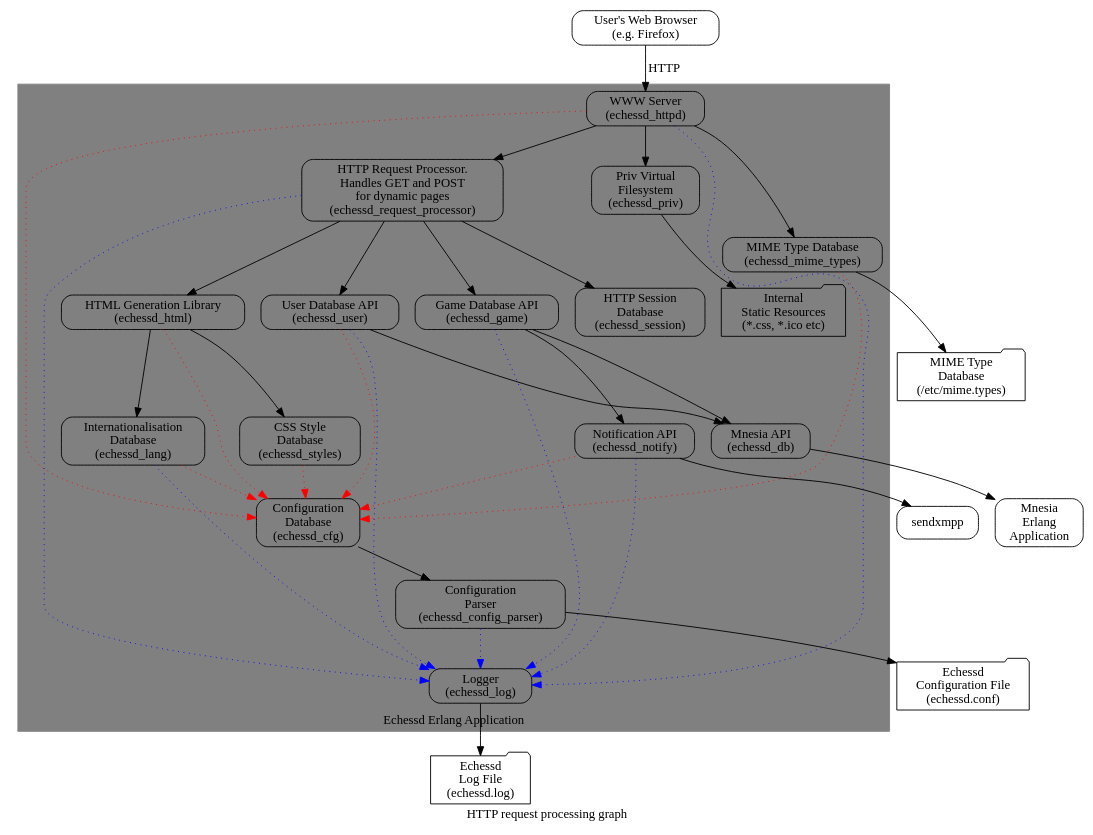
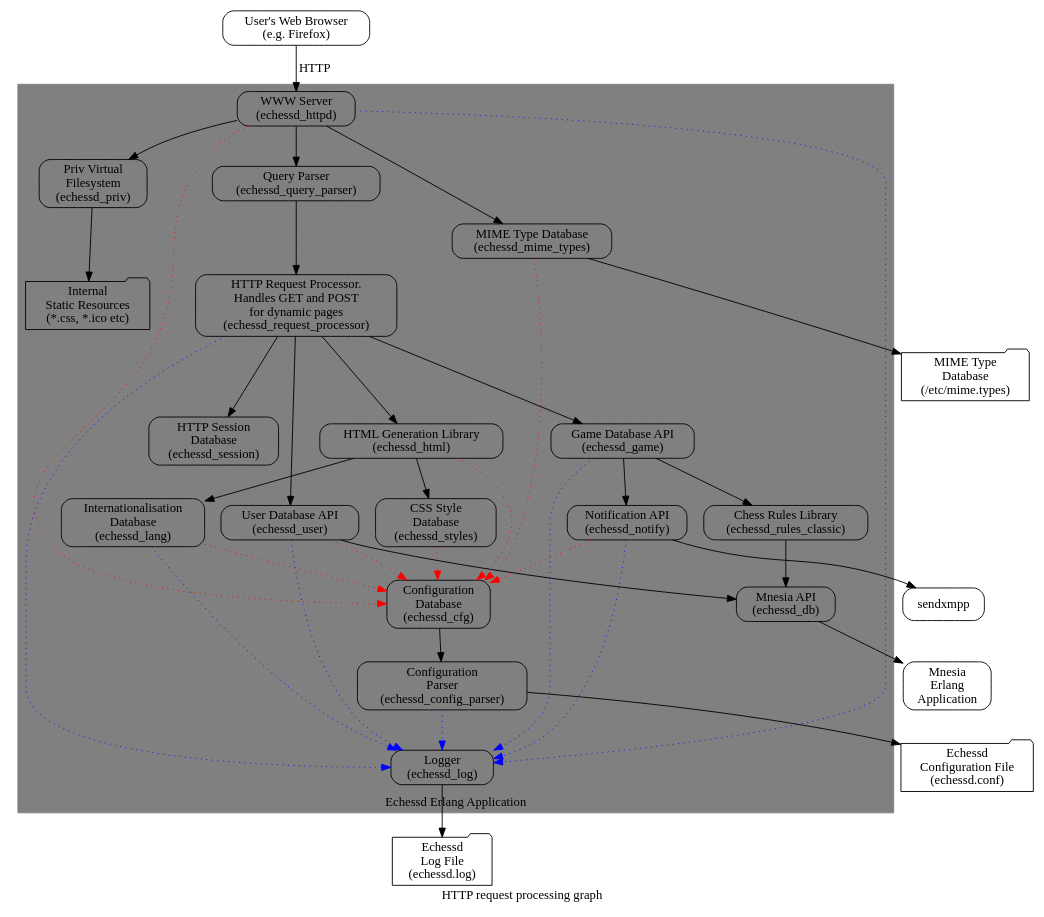
One commit to tuxofil/echessd changed the diagram in doc/figure_2.dot. Above: the diagram before and after it, drawn with Graphviz.

Commit message:
doc: extend request processing graph

```diff
--- a/doc/figure_2.dot
+++ b/doc/figure_2.dot
@@ -1,168 +1,176 @@
 digraph G{
   label = "HTTP request processing graph";
   rankdir = TB;
 
   Browser[
     shape = box, style = rounded,
     label = "User's Web Browser\n(e.g. Firefox)"
   ];
 
   subgraph cluster_echessd{
     style = filled;
     color = grey;
     label = "Echessd Erlang Application";
     labelloc = b;
     WebServer[
       shape = box, style = rounded,
       label = "WWW Server\n(echessd_httpd)"
+    ];
+    QueryParser[
+      shape = box, style = rounded,
+      label = "Query Parser\n(echessd_query_parser)"
     ];
     RequestProcessor[
       shape = box, style = rounded,
       label = "HTTP Request Processor.\nHandles GET and POST\nfor dynamic pages\n(echessd_request_processor)"
     ];
     HtmlGenerator[
       shape = box, style = rounded,
       label = "HTML Generation Library\n(echessd_html)"
     ];
     MimeTypeDatabase[
       shape = box, style = rounded,
       label = "MIME Type Database\n(echessd_mime_types)"
     ];
     LangDatabase[
       shape = box, style = rounded,
       label = "Internationalisation\nDatabase\n(echessd_lang)"
     ];
     StyleDatabase[
       shape = box, style = rounded,
       label = "CSS Style\nDatabase\n(echessd_styles)"
     ];
     PrivFS[
       shape = box, style = rounded,
       label = "Priv Virtual\nFilesystem\n(echessd_priv)"
     ];
     UserDatabaseApi[
       shape = box, style = rounded,
       label = "User Database API\n(echessd_user)"
     ];
     GameDatabaseApi[
       shape = box, style = rounded,
       label = "Game Database API\n(echessd_game)"
+    ];
+    ChessRules[
+      shape = box, style = rounded,
+      label = "Chess Rules Library\n(echessd_rules_classic)"
     ];
     SessionDatabase[
       shape = box, style = rounded,
       label = "HTTP Session\nDatabase\n(echessd_session)"
     ];
     DatabaseApi[
       shape = box, style = rounded,
       label = "Mnesia API\n(echessd_db)"
     ];
     StaticResources[
       shape = folder,
       label = "Internal\nStatic Resources\n(*.css, *.ico etc)"
     ];
     Logger[
       shape = box, style = rounded,
       label = "Logger\n(echessd_log)"
     ];
     ConfigurationDatabase[
       shape = box, style = rounded,
       label = "Configuration\nDatabase\n(echessd_cfg)"
     ];
     ConfigurationParser[
       shape = box, style = rounded,
       label = "Configuration\nParser\n(echessd_config_parser)"
     ];
     NotificationApi[
       shape = box, style = rounded,
       label = "Notification API\n(echessd_notify)"
     ];
   };
 
   ConfigurationFile[
     shape = folder,
     label = "Echessd\nConfiguration File\n(echessd.conf)"
   ];
 
   LogFile[
     shape = folder,
     label = "Echessd\nLog File\n(echessd.log)"
   ];
 
   MimeTypesFile[
     shape = folder,
     label = "MIME Type\nDatabase\n(/etc/mime.types)"
   ];
 
   Mnesia[
     shape = box, style = rounded,
     label = "Mnesia\nErlang\nApplication"
   ];
 
   SendXMPP[
     shape = box, style = rounded,
     label = "sendxmpp"
   ];
 
   Browser -> WebServer[
     label = "HTTP"
   ];
   WebServer -> MimeTypeDatabase -> MimeTypesFile;
   WebServer -> PrivFS -> StaticResources;
-  WebServer -> RequestProcessor;
+  WebServer -> QueryParser -> RequestProcessor;
   RequestProcessor -> HtmlGenerator;
   RequestProcessor -> UserDatabaseApi -> DatabaseApi;
-  RequestProcessor -> GameDatabaseApi -> DatabaseApi;
+  RequestProcessor -> GameDatabaseApi -> ChessRules -> DatabaseApi;
   GameDatabaseApi -> NotificationApi -> SendXMPP;
   RequestProcessor -> SessionDatabase;
   DatabaseApi -> Mnesia;
   HtmlGenerator -> LangDatabase;
   HtmlGenerator -> StyleDatabase;
 
   // logging streams
   Logger -> LogFile;
   WebServer -> Logger[
     style = dotted, color = blue
   ];
   RequestProcessor -> Logger[
     style = dotted, color = blue
   ];
   UserDatabaseApi -> Logger[
     style = dotted, color = blue
   ];
   GameDatabaseApi -> Logger[
     style = dotted, color = blue
   ];
   LangDatabase -> Logger[
     style = dotted, color = blue
   ];
   ConfigurationParser -> Logger[
     style = dotted, color = blue
   ];
   NotificationApi -> Logger[
     style = dotted, color = blue
   ];
 
   // configuration streams
   ConfigurationDatabase -> ConfigurationParser -> ConfigurationFile;
   LangDatabase -> ConfigurationDatabase[
     style = dotted, color = red
   ];
   StyleDatabase -> ConfigurationDatabase[
     style = dotted, color = red
   ];
   MimeTypeDatabase -> ConfigurationDatabase[
     style = dotted, color = red
   ];
   HtmlGenerator -> ConfigurationDatabase[
     style = dotted, color = red
   ];
   UserDatabaseApi -> ConfigurationDatabase[
     style = dotted, color = red
   ];
   WebServer -> ConfigurationDatabase[
     style = dotted, color = red
   ];
   NotificationApi -> ConfigurationDatabase[
     style = dotted, color = red
   ];
 }
```
